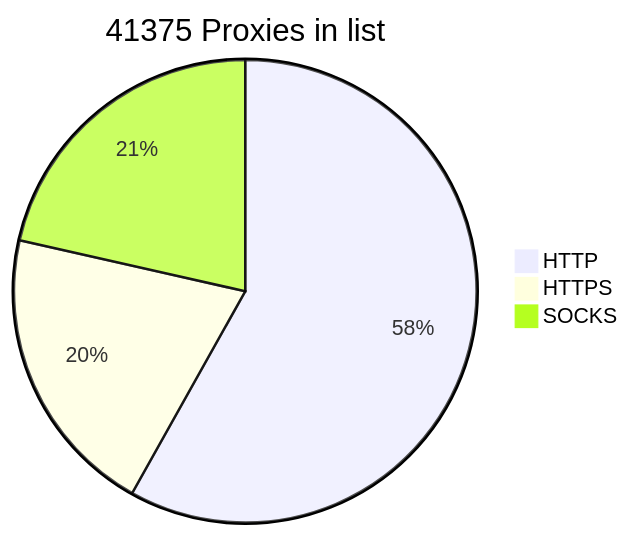
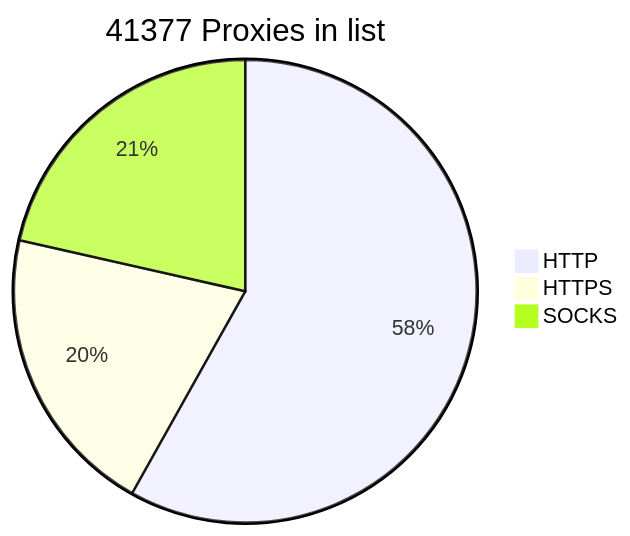
Before and after one commit to BlackSnowDot/proxylist-update-every-minute: the diagram in README.md, drawn with Mermaid.

````diff
--- a/README.md
+++ b/README.md
@@ -2,6 +2,6 @@
 ```mermaid
-pie title 41375 Proxies in list
-    "HTTP" : 27821
-    "HTTPS": 9769
-    "SOCKS" : 10272
+pie title 41377 Proxies in list
+    "HTTP" : 27823
+    "HTTPS": 9770
+    "SOCKS" : 10273
 ```
````
